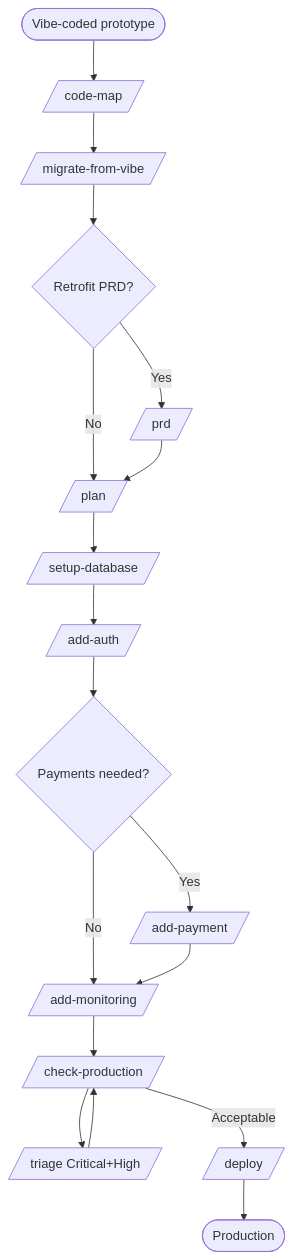
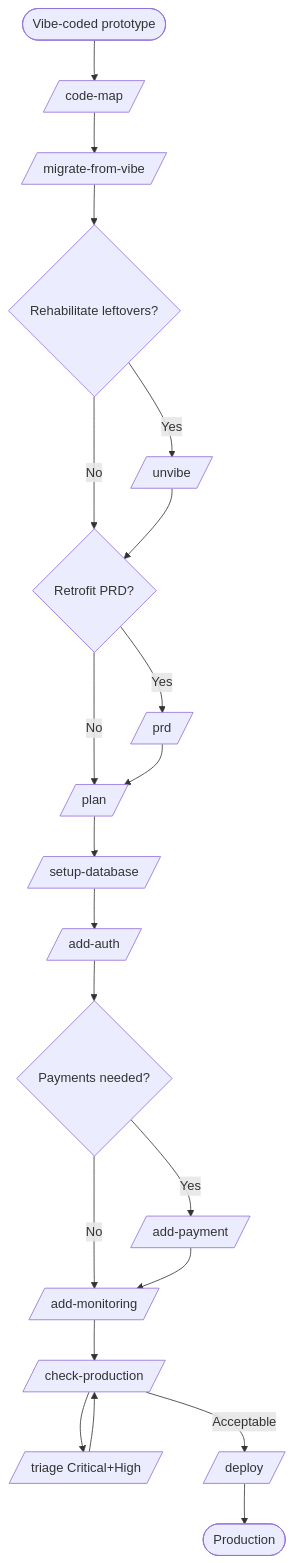
One commit to jnlanahan/Product-Agents-and-Skills changed the diagram in workflows/W4-migrate-to-production.md. Above: the diagram before and after it, drawn with Mermaid. The commit also changed other lines of this file and 7 other files, not shown here.

````diff
--- a/workflows/W4-migrate-to-production.md
+++ b/workflows/W4-migrate-to-production.md
@@ -40,20 +41,23 @@
 ```mermaid
 flowchart TD
     Start([Vibe-coded prototype]) --> Map[/code-map/]
     Map --> Mig[/migrate-from-vibe/]
-    Mig --> PRD{Retrofit PRD?}
+    Mig --> Unv{Rehabilitate leftovers?}
+    Unv -- Yes --> UnvDo[/unvibe/]
+    Unv -- No --> PRD{Retrofit PRD?}
+    UnvDo --> PRD
     PRD -- Yes --> PRDdo[/prd/]
     PRD -- No --> Plan[/plan/]
     PRDdo --> Plan
     Plan --> DB[/setup-database/]
     DB --> Auth[/add-auth/]
     Auth --> Pay{Payments needed?}
     Pay -- Yes --> PayDo[/add-payment/]
     Pay -- No --> Mon[/add-monitoring/]
     PayDo --> Mon
     Mon --> Audit[/check-production/]
     Audit --> Tri[/triage Critical+High/]
     Tri --> Audit
     Audit -->|Acceptable| Dep[/deploy/]
     Dep --> Live([Production])
 ```
````
